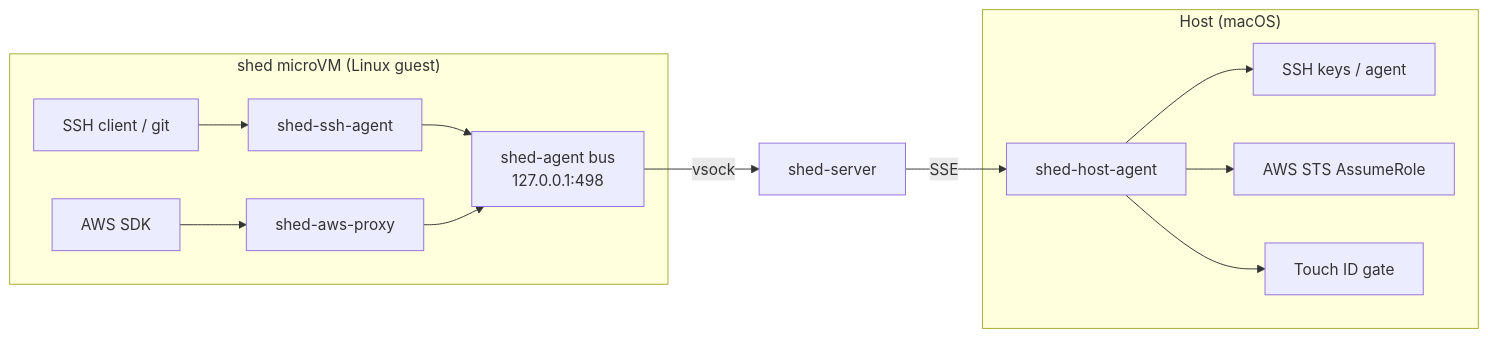
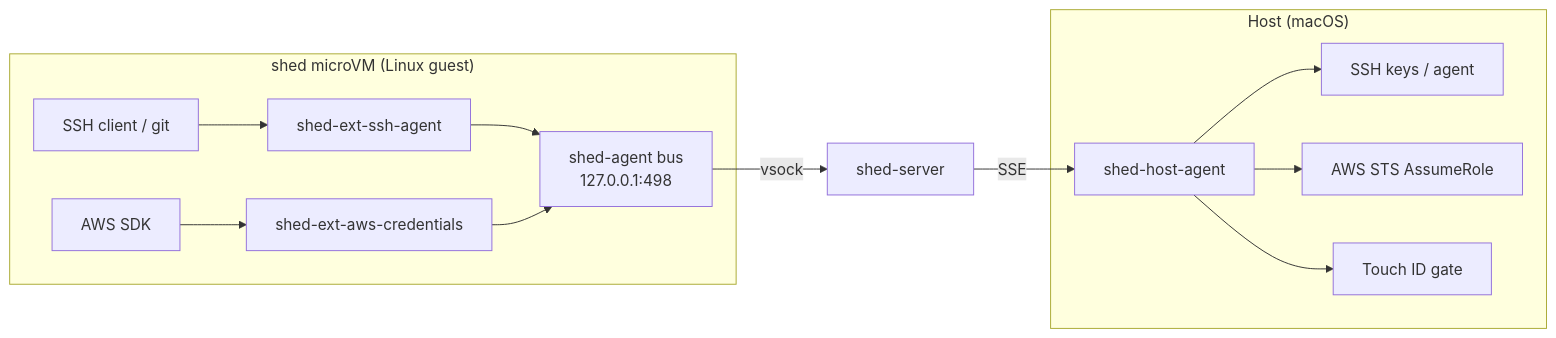
One commit to charliek/shed-extensions changed the diagram in docs/index.md. Above: the diagram before and after it, drawn with Mermaid. The commit also changed other lines of this file and 32 other files, not shown here.

First line of the commit message:
Use shed SDK, rename binaries to shed-ext-* convention (#5)

````diff
--- a/docs/index.md
+++ b/docs/index.md
@@ -13,16 +13,16 @@
 ```mermaid
 graph LR
     subgraph "shed microVM (Linux guest)"
-        A[SSH client / git] --> B[shed-ssh-agent]
-        C[AWS SDK] --> D[shed-aws-proxy]
+        A[SSH client / git] --> B[shed-ext-ssh-agent]
+        C[AWS SDK] --> D[shed-ext-aws-credentials]
         B --> E[shed-agent bus<br/>127.0.0.1:498]
         D --> E
     end
     E -->|vsock| F[shed-server]
     F -->|SSE| G[shed-host-agent]
     subgraph "Host (macOS)"
         G --> H[SSH keys / agent]
         G --> I[AWS STS AssumeRole]
         G --> J[Touch ID gate]
     end
 ```
````
